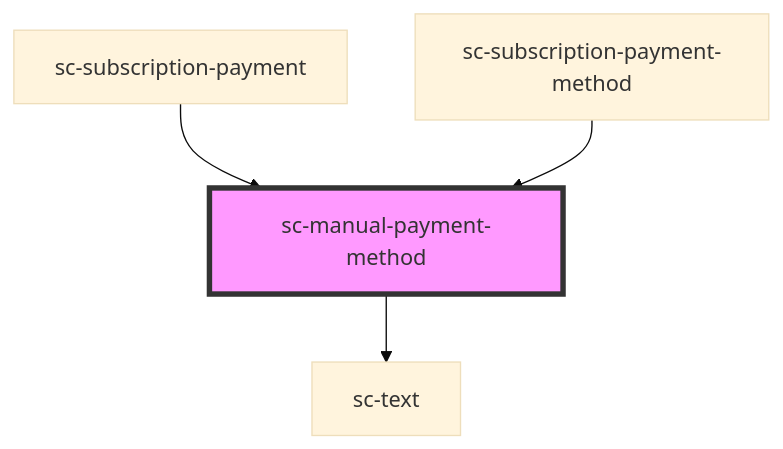
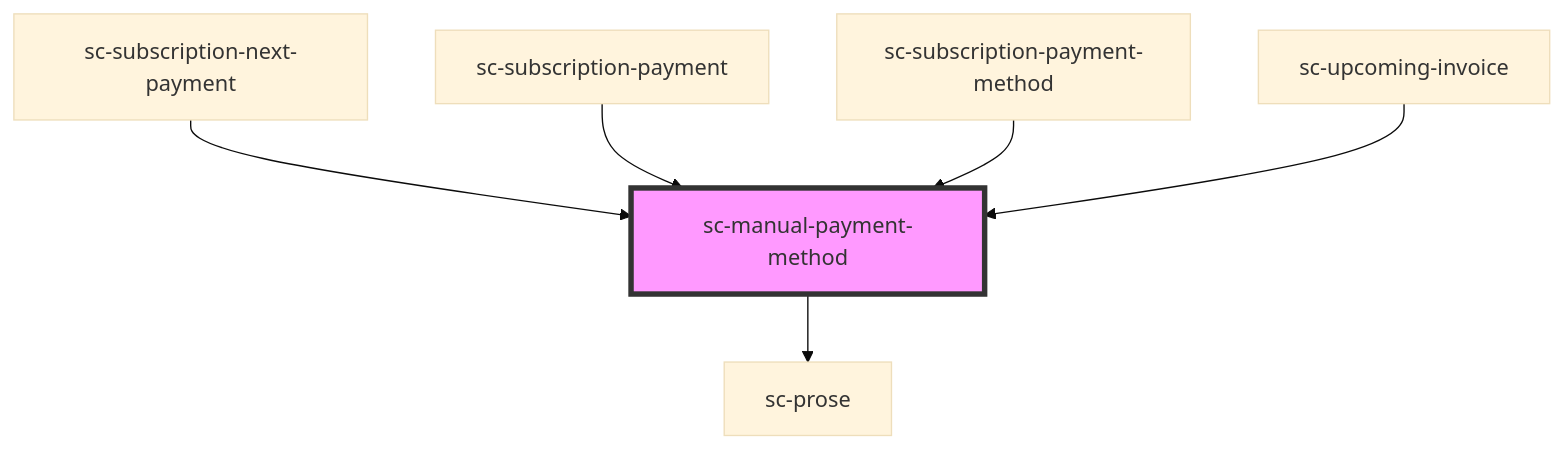
One commit to surecart/surecart-wp-plugin changed the diagram in packages/components/src/components/ui/sc-manual-payment-method/readme.md. Above: the diagram before and after it, drawn with Mermaid (base theme). The commit also changed other lines of this file and 20 other files, not shown here.

Commit message:
Displayed Manual Payment Method in Next Payment in Dashboard, Fixed nonce issue while update payment method, Fetch only reusable manual payment method logic added

````diff
--- a/packages/components/src/components/ui/sc-manual-payment-method/readme.md
+++ b/packages/components/src/components/ui/sc-manual-payment-method/readme.md
@@ -34,7 +37,9 @@
 ```mermaid
 graph TD;
-  sc-manual-payment-method --> sc-text
+  sc-manual-payment-method --> sc-prose
+  sc-subscription-next-payment --> sc-manual-payment-method
   sc-subscription-payment --> sc-manual-payment-method
   sc-subscription-payment-method --> sc-manual-payment-method
+  sc-upcoming-invoice --> sc-manual-payment-method
   style sc-manual-payment-method fill:#f9f,stroke:#333,stroke-width:4px
 ```
````
